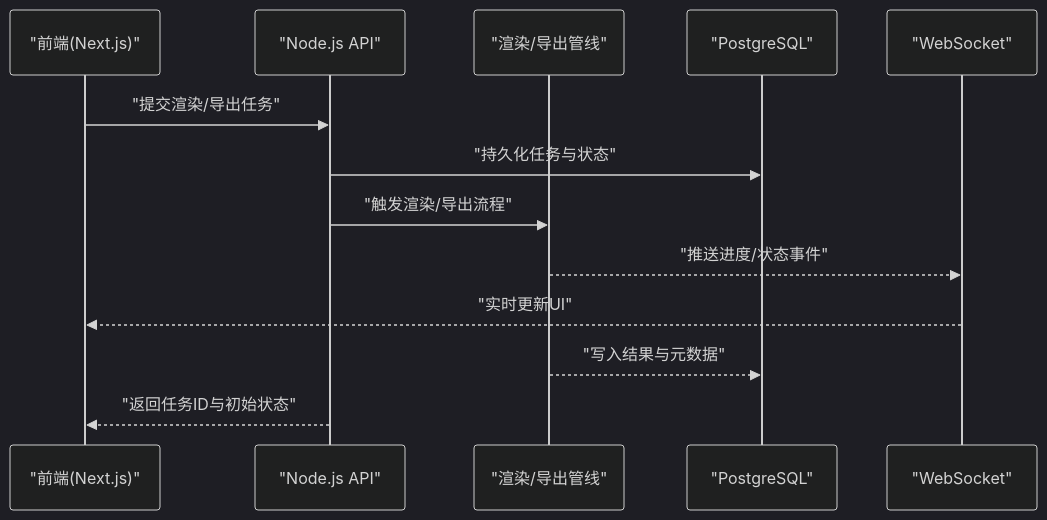
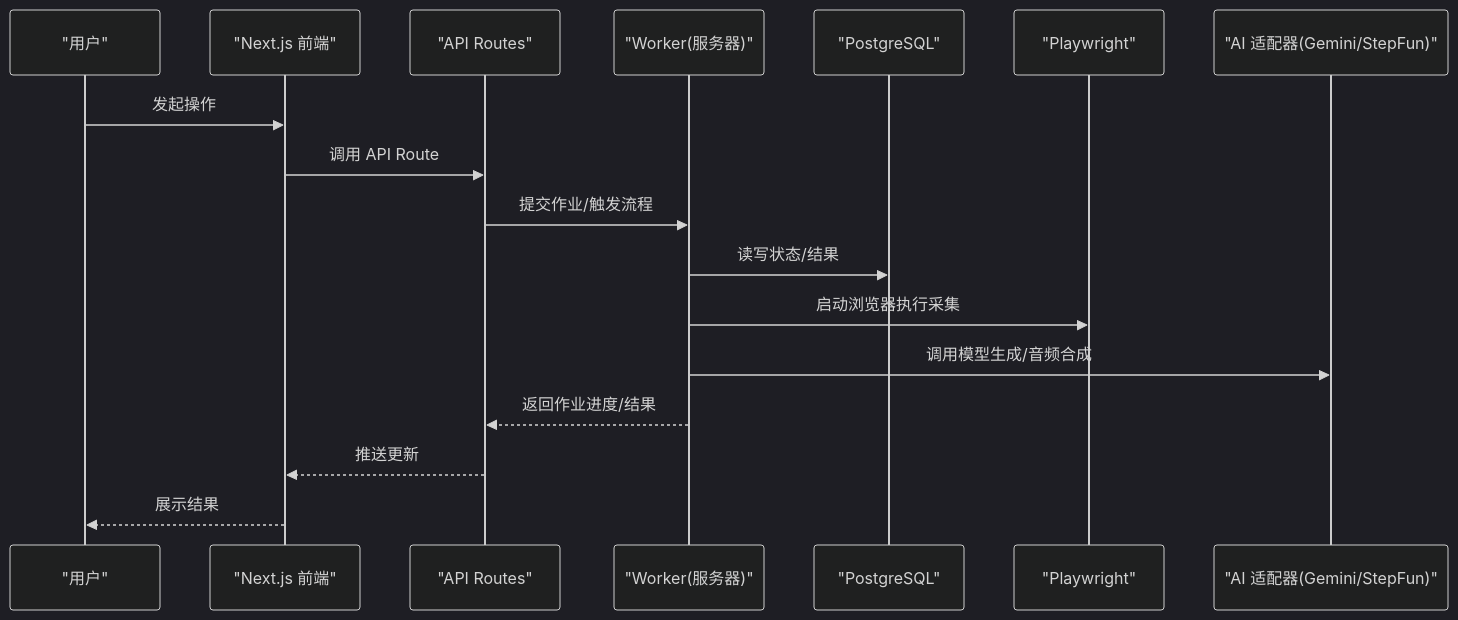
Before and after one commit to scottcwy/PurpleInk: the second of 3 diagrams in .qoder/repowiki/zh/content/项目概述/技术栈概览.md, drawn with Mermaid (dark theme). The commit also changed other lines of this file and 872 other files, not shown here.

````diff
--- a/.qoder/repowiki/zh/content/项目概述/技术栈概览.md
+++ b/.qoder/repowiki/zh/content/项目概述/技术栈概览.md
@@ -192,15 +109,19 @@
 ```mermaid
 sequenceDiagram
-participant FE as "前端(Next.js)"
-participant API as "Node.js API"
-participant Pipe as "渲染/导出管线"
+participant U as "用户"
+participant FE as "Next.js 前端"
+participant API as "API Routes"
+participant W as "Worker(服务器)"
 participant DB as "PostgreSQL"
-participant WS as "WebSocket"
-FE->>API : "提交渲染/导出任务"
-API->>DB : "持久化任务与状态"
-API->>Pipe : "触发渲染/导出流程"
-Pipe-->>WS : "推送进度/状态事件"
-WS-->>FE : "实时更新UI"
-Pipe-->>DB : "写入结果与元数据"
-API-->>FE : "返回任务ID与初始状态"
+participant PW as "Playwright"
+participant AI as "AI 适配器(Gemini/StepFun)"
+U->>FE : 发起操作
+FE->>API : 调用 API Route
+API->>W : 提交作业/触发流程
+W->>DB : 读写状态/结果
+W->>PW : 启动浏览器执行采集
+W->>AI : 调用模型生成/音频合成
+W-->>API : 返回作业进度/结果
+API-->>FE : 推送更新
+FE-->>U : 展示结果
 ```
````
